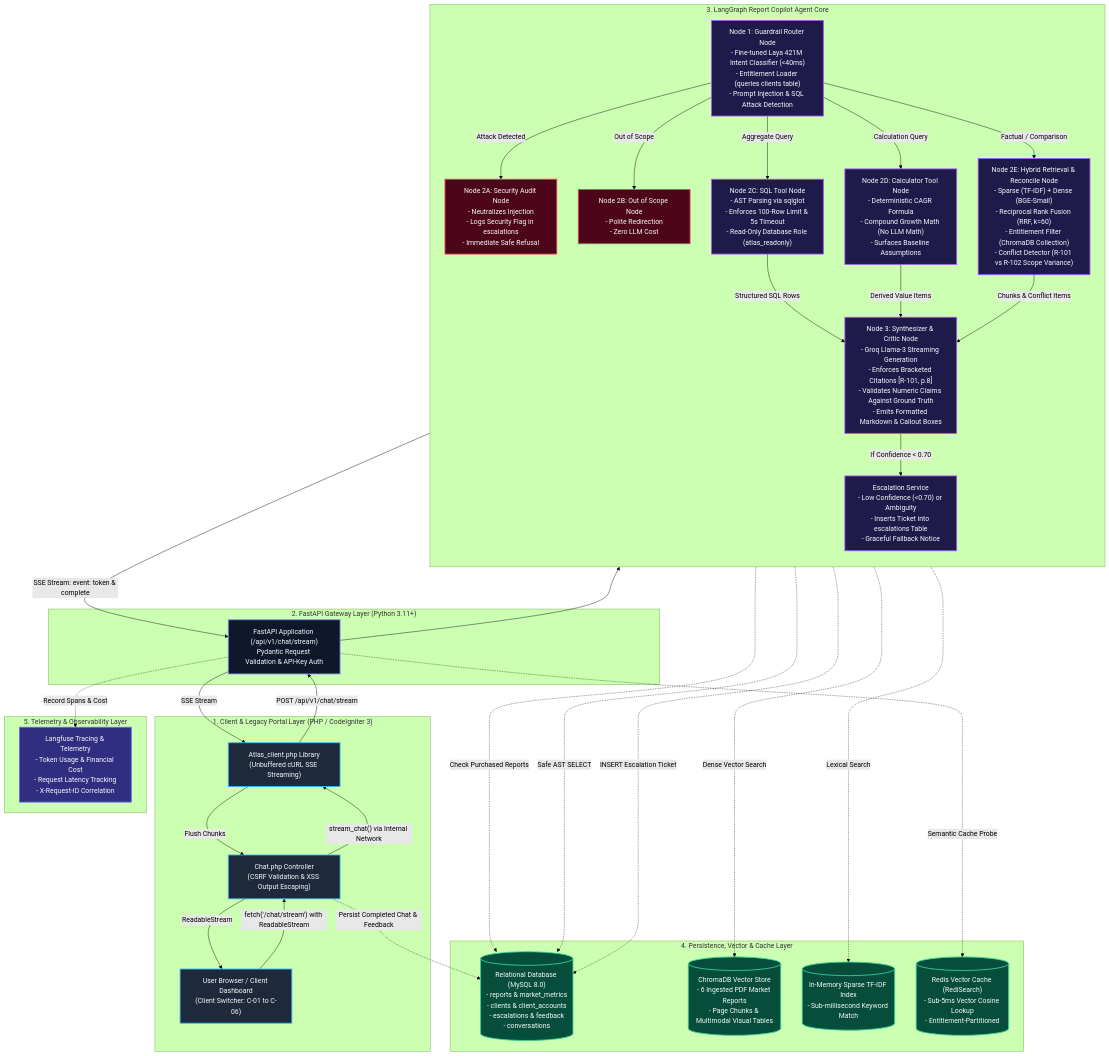
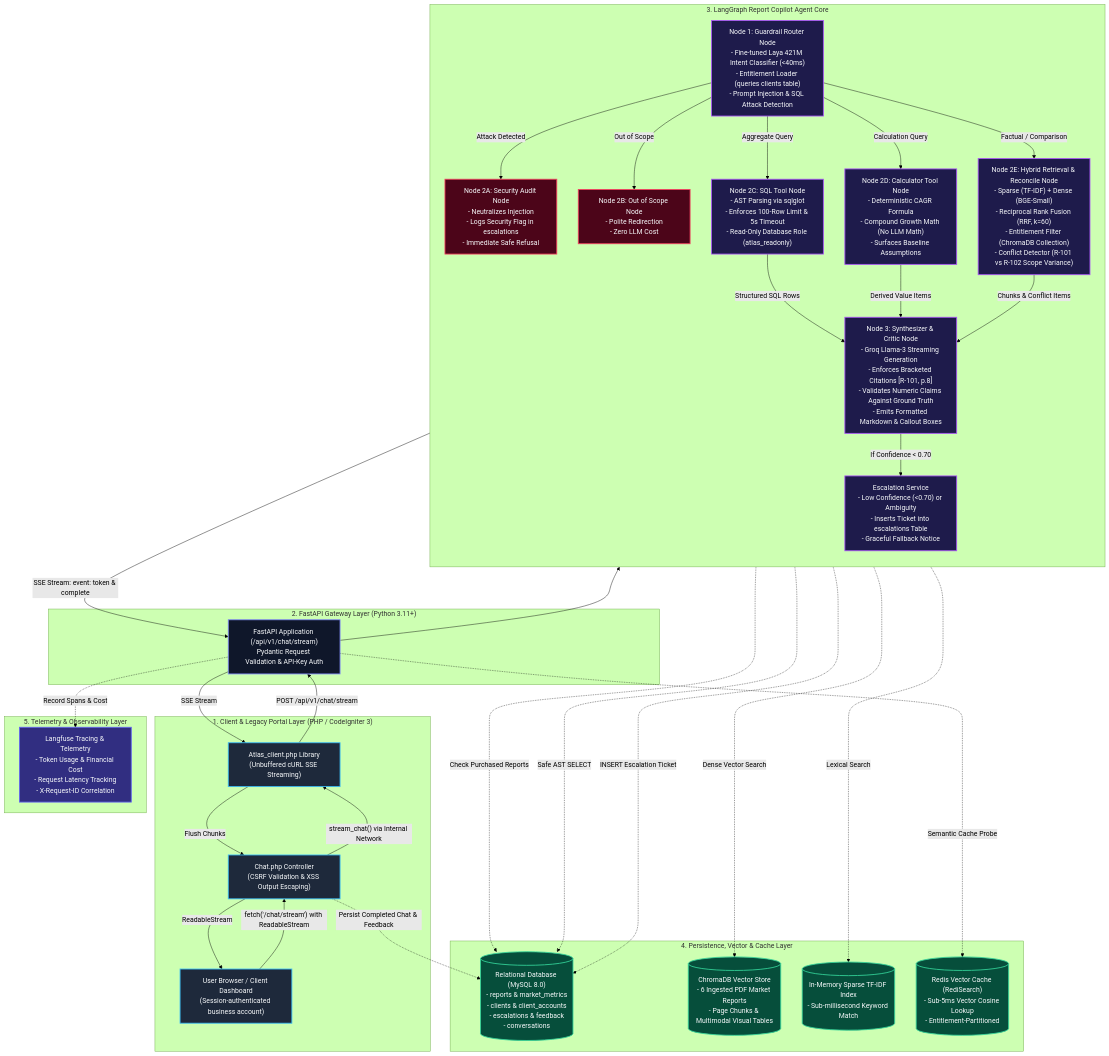
Before and after one commit to suyash-rgb/Project-Atlas: the diagram in README.md, drawn with Mermaid (forest theme). The commit also changed other lines of this file and 11 other files, not shown here.

````diff
--- a/README.md
+++ b/README.md
@@ -217,82 +233,82 @@
 ```mermaid
 flowchart TD
     %% Styling
     classDef portal fill:#1e293b,stroke:#38bdf8,stroke-width:2px,color:#f8fafc;
     classDef api fill:#0f172a,stroke:#818cf8,stroke-width:2px,color:#f8fafc;
     classDef agent fill:#1e1b4b,stroke:#a855f7,stroke-width:2px,color:#f8fafc;
     classDef guardrail fill:#4c0519,stroke:#f43f5e,stroke-width:2px,color:#f8fafc;
     classDef storage fill:#064e3b,stroke:#34d399,stroke-width:2px,color:#f8fafc;
     classDef obs fill:#312e81,stroke:#6366f1,stroke-width:2px,color:#f8fafc;
 
     subgraph ClientLayer ["1. Client & Legacy Portal Layer (PHP / CodeIgniter 3)"]
-        Browser["User Browser / Client Dashboard\n(Client Switcher: C-01 to C-06)"]:::portal
+        Browser["User Browser / Client Dashboard\n(Session-authenticated business account)"]:::portal
         CI3_Controller["Chat.php Controller\n(CSRF Validation & XSS Output Escaping)"]:::portal
         CI3_Lib["Atlas_client.php Library\n(Unbuffered cURL SSE Streaming)"]:::portal
         
         Browser -->|"fetch('/chat/stream') with ReadableStream"| CI3_Controller
         CI3_Controller -->|"stream_chat() via Internal Network"| CI3_Lib
     end
 
     subgraph APILayer ["2. FastAPI Gateway Layer (Python 3.11+)"]
         FastAPI_Router["FastAPI Application (/api/v1/chat/stream)\nPydantic Request Validation & API-Key Auth"]:::api
         CI3_Lib -->|"POST /api/v1/chat/stream"| FastAPI_Router
     end
 
     subgraph AgentCore ["3. LangGraph Report Copilot Agent Core"]
         direction TB
 
         RouterNode["Node 1: Guardrail Router Node\n- Fine-tuned Laya 421M Intent Classifier (<40ms)\n- Entitlement Loader (queries clients table)\n- Prompt Injection & SQL Attack Detection"]:::agent
 
         FastAPI_Router --> RouterNode
 
         SecurityNode["Node 2A: Security Audit Node\n- Neutralizes Injection\n- Logs Security Flag in escalations\n- Immediate Safe Refusal"]:::guardrail
         OutOfScopeNode["Node 2B: Out of Scope Node\n- Polite Redirection\n- Zero LLM Cost"]:::guardrail
         
         SQLNode["Node 2C: SQL Tool Node\n- AST Parsing via sqlglot\n- Enforces 100-Row Limit & 5s Timeout\n- Read-Only Database Role (atlas_readonly)"]:::agent
         
         CalcNode["Node 2D: Calculator Tool Node\n- Deterministic CAGR Formula\n- Compound Growth Math (No LLM Math)\n- Surfaces Baseline Assumptions"]:::agent
         
         RetrievalNode["Node 2E: Hybrid Retrieval & Reconcile Node\n- Sparse (TF-IDF) + Dense (BGE-Small)\n- Reciprocal Rank Fusion (RRF, k=60)\n- Entitlement Filter (ChromaDB Collection)\n- Conflict Detector (R-101 vs R-102 Scope Variance)"]:::agent
 
         SynthesizerNode["Node 3: Synthesizer & Critic Node\n- Groq Llama-3 Streaming Generation\n- Enforces Bracketed Citations [R-101, p.8]\n- Validates Numeric Claims Against Ground Truth\n- Emits Formatted Markdown & Callout Boxes"]:::agent
 
         EscalationHandler["Escalation Service\n- Low Confidence (<0.70) or Ambiguity\n- Inserts Ticket into escalations Table\n- Graceful Fallback Notice"]:::agent
 
         RouterNode -->|"Attack Detected"| SecurityNode
         RouterNode -->|"Out of Scope"| OutOfScopeNode
         RouterNode -->|"Aggregate Query"| SQLNode
         RouterNode -->|"Calculation Query"| CalcNode
         RouterNode -->|"Factual / Comparison"| RetrievalNode
 
         SQLNode -->|"Structured SQL Rows"| SynthesizerNode
         CalcNode -->|"Derived Value Items"| SynthesizerNode
         RetrievalNode -->|"Chunks & Conflict Items"| SynthesizerNode
 
         SynthesizerNode -->|"If Confidence < 0.70"| EscalationHandler
     end
 
     subgraph StorageLayer ["4. Persistence, Vector & Cache Layer"]
         DB[("Relational Database (MySQL 8.0)\n- reports & market_metrics\n- clients & client_accounts\n- escalations & feedback\n- conversations")]:::storage
         VectorDB[("ChromaDB Vector Store\n- 6 Ingested PDF Market Reports\n- Page Chunks & Multimodal Visual Tables")]:::storage
         SparseIndex[("In-Memory Sparse TF-IDF Index\n- Sub-millisecond Keyword Match")]:::storage
         RedisCache[("Redis Vector Cache (RediSearch)\n- Sub-5ms Vector Cosine Lookup\n- Entitlement-Partitioned")]:::storage
     end
 
     subgraph ObservabilityLayer ["5. Telemetry & Observability Layer"]
         Langfuse["Langfuse Tracing & Telemetry\n- Token Usage & Financial Cost\n- Request Latency Tracking\n- X-Request-ID Correlation"]:::obs
     end
 
     RouterNode -.->|"Check Purchased Reports"| DB
     SQLNode -.->|"Safe AST SELECT"| DB
     RetrievalNode -.->|"Dense Vector Search"| VectorDB
     RetrievalNode -.->|"Lexical Search"| SparseIndex
     EscalationHandler -.->|"INSERT Escalation Ticket"| DB
     CI3_Controller -.->|"Persist Completed Chat & Feedback"| DB
     FastAPI_Router -.->|"Record Spans & Cost"| Langfuse
     FastAPI_Router -.->|"Semantic Cache Probe"| RedisCache
 
     SynthesizerNode -->|"SSE Stream: event: token & complete"| FastAPI_Router
     FastAPI_Router -->|"SSE Stream"| CI3_Lib
     CI3_Lib -->|"Flush Chunks"| CI3_Controller
     CI3_Controller -->|"ReadableStream"| Browser
 ```
````
